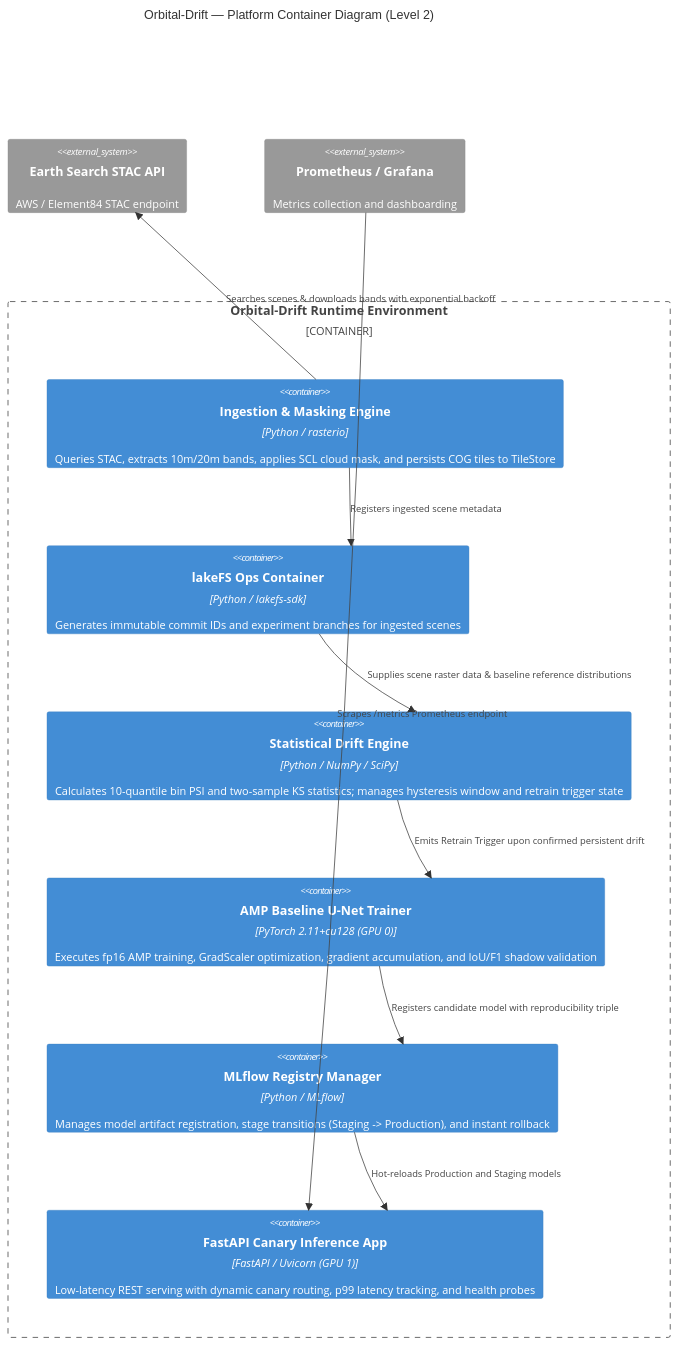
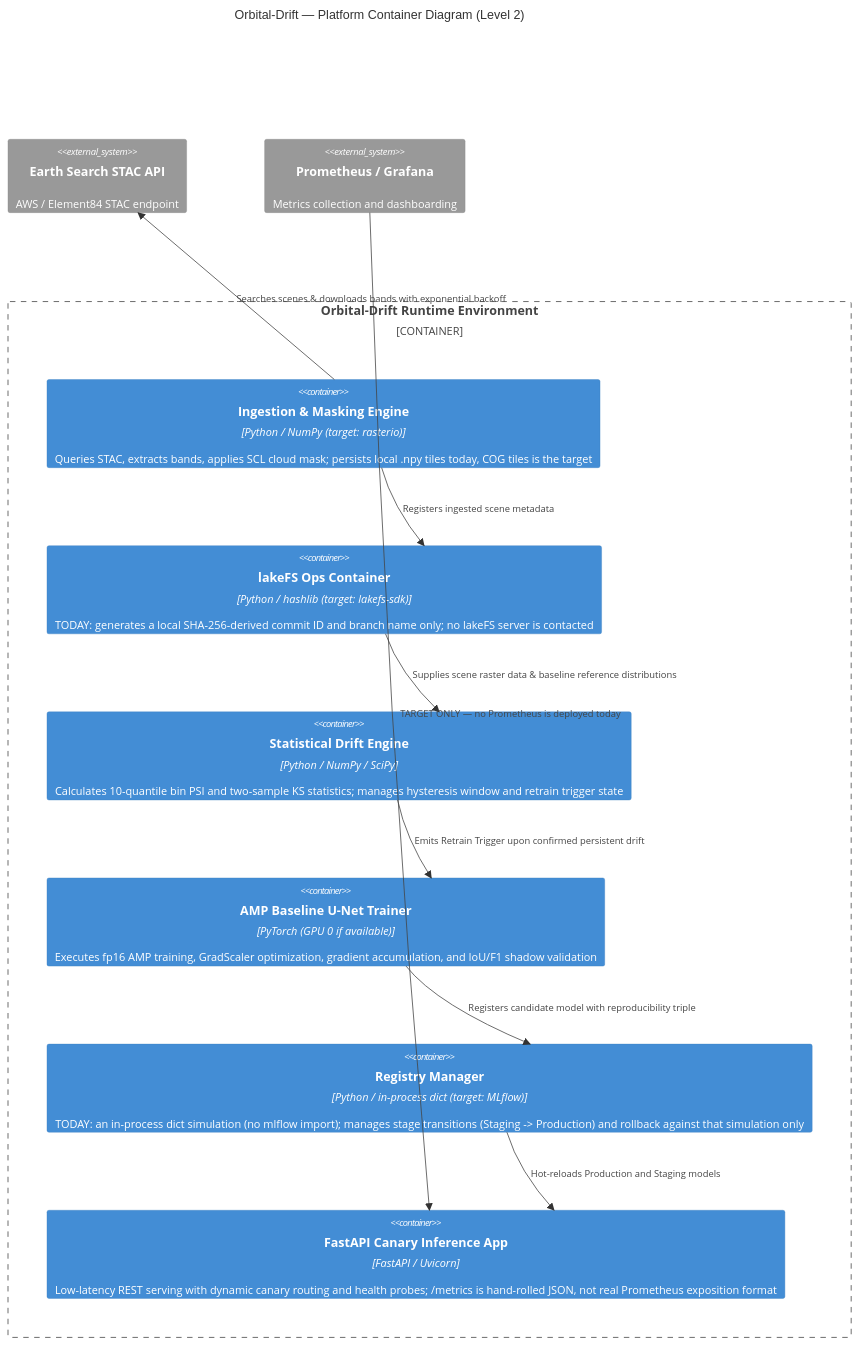
One commit to ianshank/Orbital-Drift changed the second of 4 diagrams in docs/architecture/ARCHITECTURE.md. Above: the diagram before and after it, drawn with Mermaid. The commit also changed other lines of this file and 7 other files, not shown here.

````diff
--- a/docs/architecture/ARCHITECTURE.md
+++ b/docs/architecture/ARCHITECTURE.md
@@ -42,24 +117,24 @@
 ```mermaid
 C4Container
     title Orbital-Drift — Platform Container Diagram (Level 2)
 
     System_Ext(stac, "Earth Search STAC API", "AWS / Element84 STAC endpoint")
     System_Ext(prom, "Prometheus / Grafana", "Metrics collection and dashboarding")
 
     Container_Boundary(platform, "Orbital-Drift Runtime Environment") {
-        Container(ingest_svc, "Ingestion & Masking Engine", "Python / rasterio", "Queries STAC, extracts 10m/20m bands, applies SCL cloud mask, and persists COG tiles to TileStore")
-        Container(lakefs_client, "lakeFS Ops Container", "Python / lakefs-sdk", "Generates immutable commit IDs and experiment branches for ingested scenes")
+        Container(ingest_svc, "Ingestion & Masking Engine", "Python / NumPy (target: rasterio)", "Queries STAC, extracts bands, applies SCL cloud mask; persists local .npy tiles today, COG tiles is the target")
+        Container(lakefs_client, "lakeFS Ops Container", "Python / hashlib (target: lakefs-sdk)", "TODAY: generates a local SHA-256-derived commit ID and branch name only; no lakeFS server is contacted")
         Container(drift_engine, "Statistical Drift Engine", "Python / NumPy / SciPy", "Calculates 10-quantile bin PSI and two-sample KS statistics; manages hysteresis window and retrain trigger state")
-        Container(trainer, "AMP Baseline U-Net Trainer", "PyTorch 2.11+cu128 (GPU 0)", "Executes fp16 AMP training, GradScaler optimization, gradient accumulation, and IoU/F1 shadow validation")
-        Container(registry_ops, "MLflow Registry Manager", "Python / MLflow", "Manages model artifact registration, stage transitions (Staging -> Production), and instant rollback")
-        Container(serving_app, "FastAPI Canary Inference App", "FastAPI / Uvicorn (GPU 1)", "Low-latency REST serving with dynamic canary routing, p99 latency tracking, and health probes")
+        Container(trainer, "AMP Baseline U-Net Trainer", "PyTorch (GPU 0 if available)", "Executes fp16 AMP training, GradScaler optimization, gradient accumulation, and IoU/F1 shadow validation")
+        Container(registry_ops, "Registry Manager", "Python / in-process dict (target: MLflow)", "TODAY: an in-process dict simulation (no mlflow import); manages stage transitions (Staging -> Production) and rollback against that simulation only")
+        Container(serving_app, "FastAPI Canary Inference App", "FastAPI / Uvicorn", "Low-latency REST serving with dynamic canary routing and health probes; /metrics is hand-rolled JSON, not real Prometheus exposition format")
     }
 
     Rel(ingest_svc, stac, "Searches scenes & downloads bands with exponential backoff")
     Rel(ingest_svc, lakefs_client, "Registers ingested scene metadata")
     Rel(lakefs_client, drift_engine, "Supplies scene raster data & baseline reference distributions")
     Rel(drift_engine, trainer, "Emits Retrain Trigger upon confirmed persistent drift")
     Rel(trainer, registry_ops, "Registers candidate model with reproducibility triple")
     Rel(registry_ops, serving_app, "Hot-reloads Production and Staging models")
-    Rel(prom, serving_app, "Scrapes /metrics Prometheus endpoint")
+    Rel(prom, serving_app, "TARGET ONLY — no Prometheus is deployed today")
 ```
````
